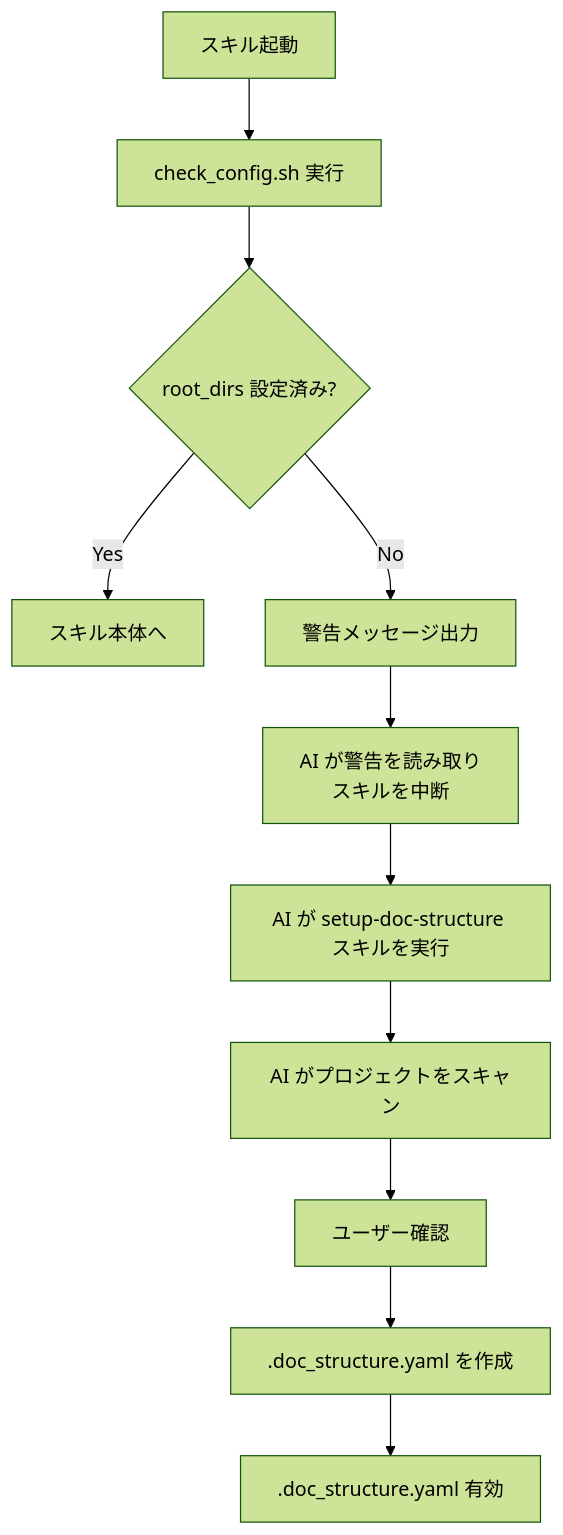
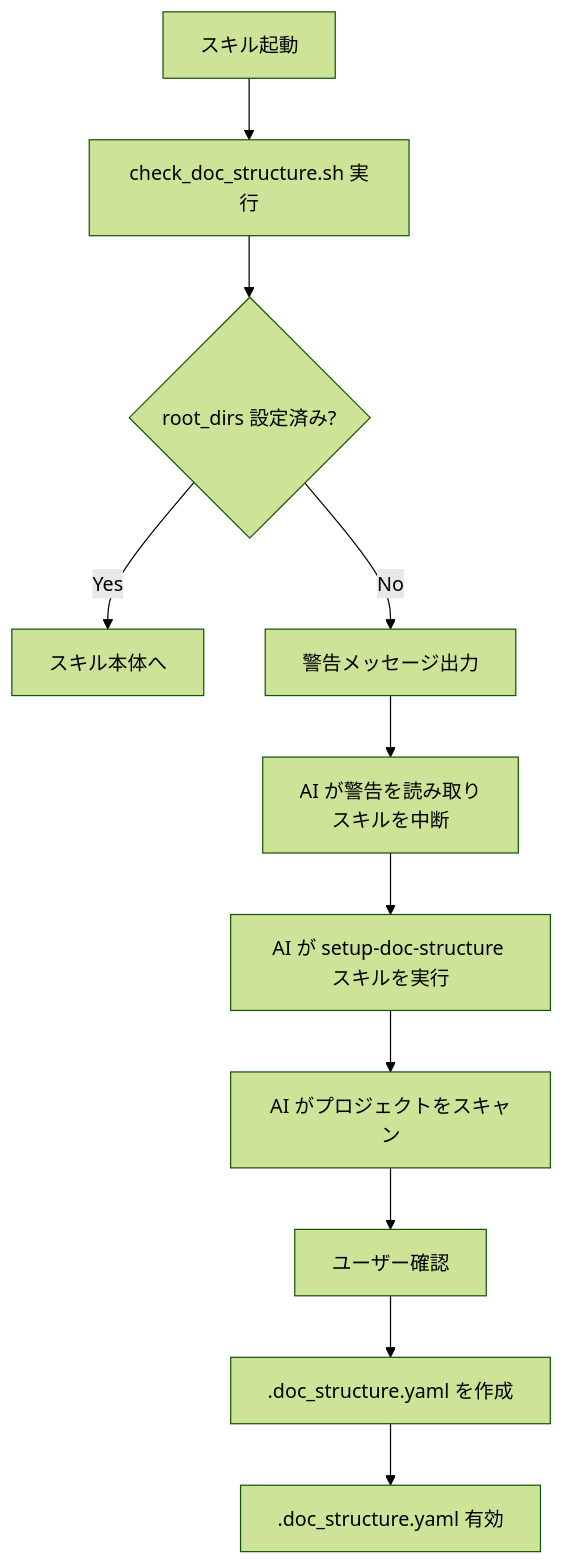
Before and after one commit to BlueEventHorizon/DocAdvisor-CC: the fourth of 10 diagrams in specs/design/DES-005_toc_generation_flow.md, drawn with Mermaid (forest theme). The commit also changed other lines of this file and 11 other files, not shown here.

First line of the commit message:
refactor: rename check_config.sh to check_doc_structure.sh

````diff
--- a/specs/design/DES-005_toc_generation_flow.md
+++ b/specs/design/DES-005_toc_generation_flow.md
@@ -114,13 +114,13 @@
 ```mermaid
 flowchart TD
-    H[スキル起動] --> I[check_config.sh 実行]
+    H[スキル起動] --> I[check_doc_structure.sh 実行]
     I --> J{root_dirs 設定済み?}
     J -->|Yes| K[スキル本体へ]
     J -->|No| L["警告メッセージ出力"]
     L --> M["AI が警告を読み取り<br>スキルを中断"]
     M --> N["AI が setup-doc-structure スキルを実行"]
     N --> O[AI がプロジェクトをスキャン]
     O --> P[ユーザー確認]
     P --> Q[.doc_structure.yaml を作成]
     Q --> R[.doc_structure.yaml 有効]
 ```
````
